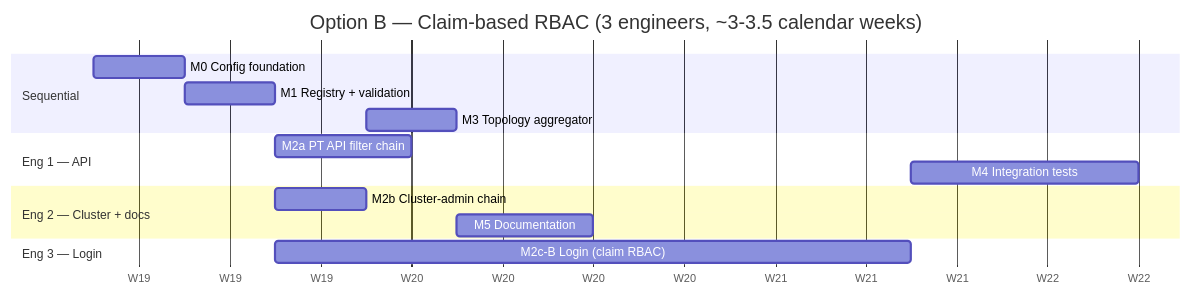
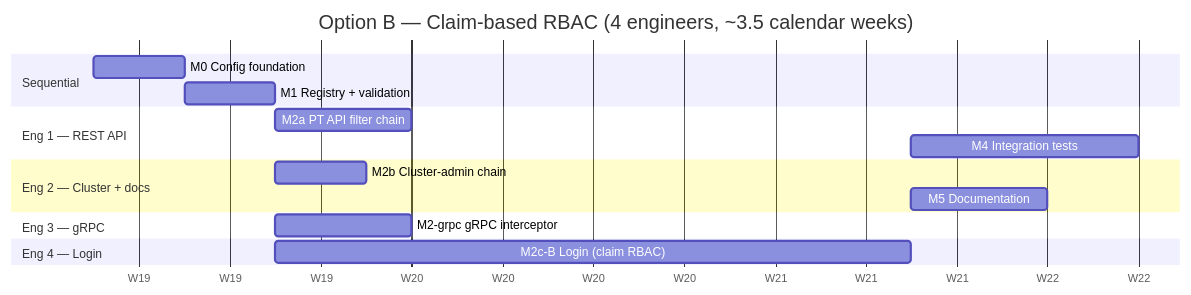
Before and after one commit to camunda/camunda: the eighth of 8 diagrams in docs/monorepo-docs/architecture/components/identity/physical-tenants-identity-plan.md, drawn with Mermaid. The commit also changed other lines of this file and 1 other file, not shown here.

````diff
--- a/docs/monorepo-docs/architecture/components/identity/physical-tenants-identity-plan.md
+++ b/docs/monorepo-docs/architecture/components/identity/physical-tenants-identity-plan.md
@@ -1380,18 +1358,19 @@
 ```mermaid
 gantt
-    title Option B — Claim-based RBAC (3 engineers, ~3-3.5 calendar weeks)
+    title Option B — Claim-based RBAC (4 engineers, ~3.5 calendar weeks)
     dateFormat  YYYY-MM-DD
     axisFormat  W%V
     section Sequential
     M0 Config foundation        :m0b, 2026-05-04, 2d
     M1 Registry + validation    :m1b, after m0b, 2d
-    M3 Topology aggregator      :m3b, after m2bb, 2d
-    section Eng 1 — API
+    section Eng 1 — REST API
     M2a PT API filter chain     :m2ab, after m1b, 3d
     M4 Integration tests        :m4b, after m2cB, 5d
     section Eng 2 — Cluster + docs
     M2b Cluster-admin chain     :m2bb, after m1b, 2d
-    M5 Documentation            :m5b, after m3b, 3d
-    section Eng 3 — Login
+    M5 Documentation            :m5b, after m2cB, 3d
+    section Eng 3 — gRPC
+    M2-grpc gRPC interceptor    :m2g_b, after m1b, 3d
+    section Eng 4 — Login
     M2c-B Login (claim RBAC)    :m2cB, after m1b, 14d
 ```
````
